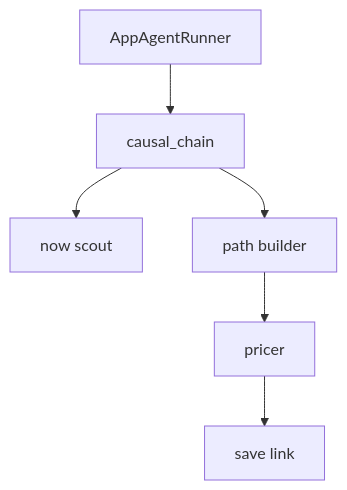
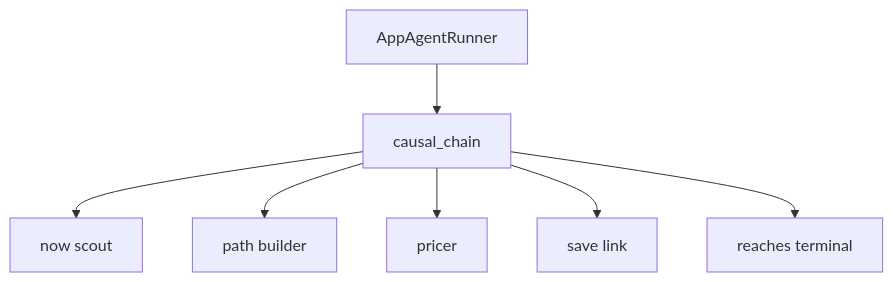
The diagram in take_home/causal_chains/agents/agents/README.md (tcw165/cs_fundation), drawn with Mermaid before and after one commit. The commit also changed other lines of this file and 3 other files, not shown here.

````diff
--- a/take_home/causal_chains/agents/agents/README.md
+++ b/take_home/causal_chains/agents/agents/README.md
@@ -5,14 +5,16 @@
 ```mermaid
 flowchart TD
   runner[AppAgentRunner]
   causal[causal_chain]
   scout[now scout]
   builder[path builder]
   pricerNode[pricer]
   linkTool[save link]
+  reaches[reaches terminal]
   runner --> causal
   causal --> scout
   causal --> builder
-  builder --> pricerNode
-  pricerNode --> linkTool
+  causal --> pricerNode
+  causal --> linkTool
+  causal --> reaches
 ```
````
